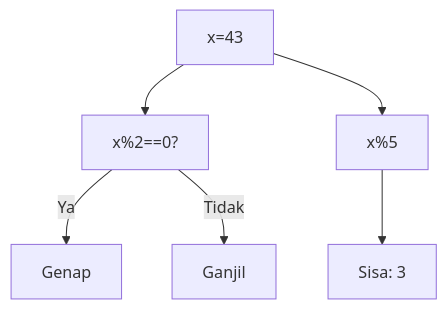
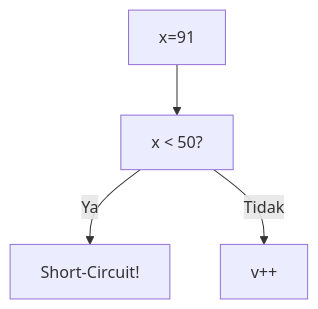
The tenth of 25 diagrams in part-c-pemahaman-cpp/02-percabangan/latihan/set-10.md (amnahwaida/OSNK_INF_PREP), drawn with Mermaid before and after one commit. The commit also changed other lines of this file and 71 other files, not shown here.

````diff
--- a/part-c-pemahaman-cpp/02-percabangan/latihan/set-10.md
+++ b/part-c-pemahaman-cpp/02-percabangan/latihan/set-10.md
@@ -203,8 +276,6 @@
 ```mermaid
 graph TD
-A["x=43"] --> B["x%2==0?"]
-B -- Ya --> C["Genap"]
-B -- Tidak --> D["Ganjil"]
-A --> E["x%5"]
-E --> F["Sisa: 3"]
+A["x=91"] --> B["x < 50?"]
+B -- Ya --> C["Short-Circuit!"]
+B -- Tidak --> D["v++"]
 ```
````
